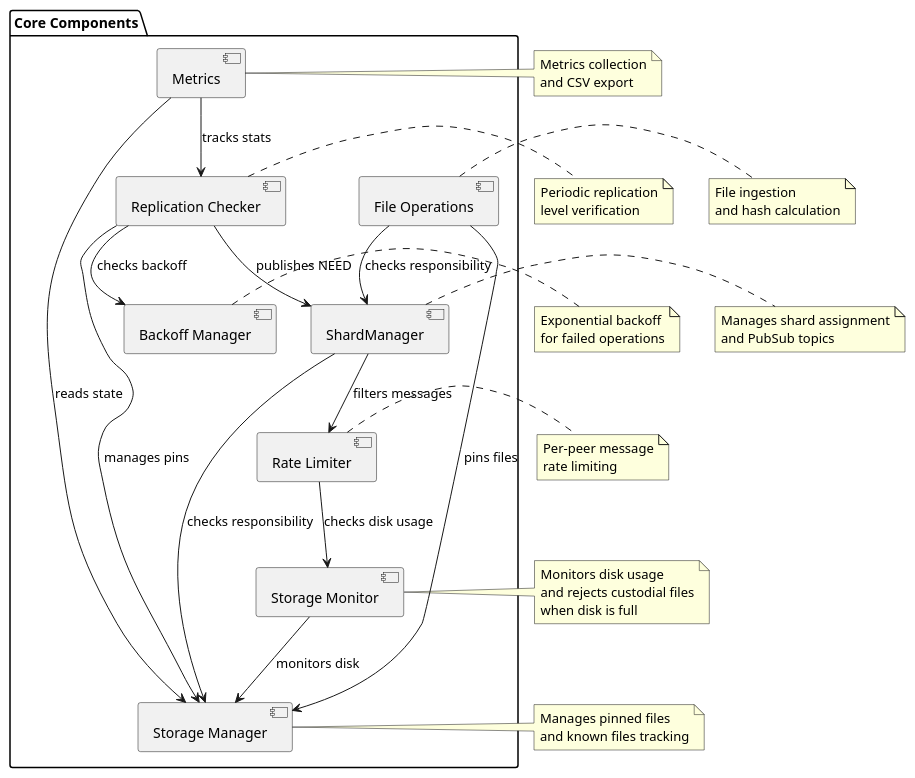
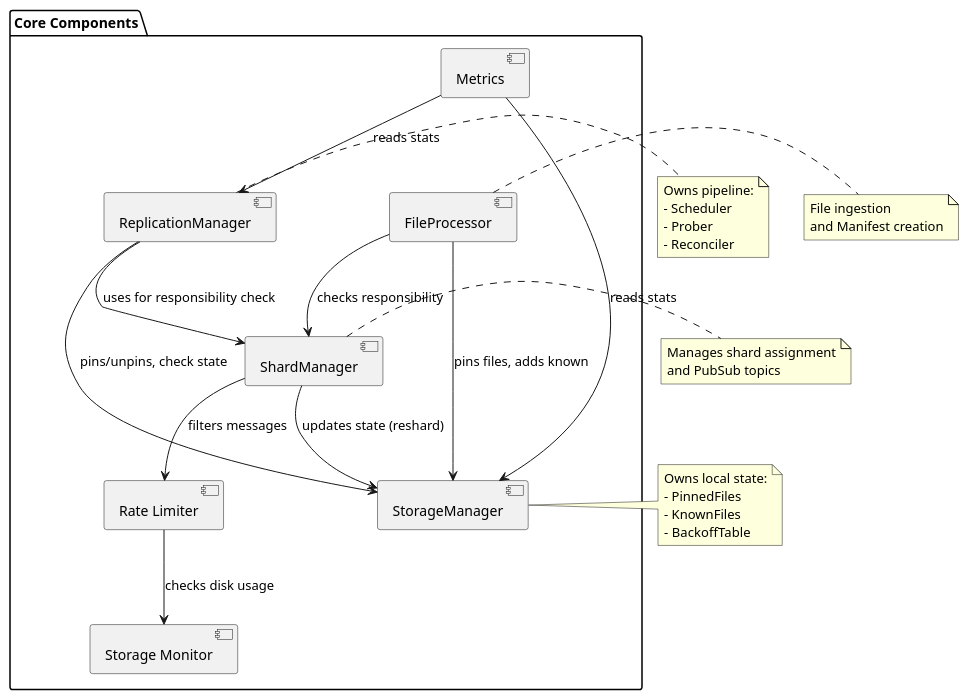
The diagram in docs/component_diagram.puml (gipplab/D-LOCKSS), drawn with PlantUML before and after one commit. The commit also changed 32 other files, not shown here.

```diff
--- a/docs/component_diagram.puml
+++ b/docs/component_diagram.puml
@@ -1,67 +1,47 @@
 @startuml D-LOCKSS Component Diagram
 
 package "Core Components" {
-    component ShardManager
-    component "Storage Manager" as StorageManager
-    component "Replication Checker" as ReplicationChecker
-    component "File Operations" as FileOperations
+    component "ShardManager" as ShardManager
+    component "StorageManager" as StorageManager
+    component "ReplicationManager" as ReplicationManager
+    component "FileProcessor" as FileProcessor
     component Metrics
     component "Rate Limiter" as RateLimiter
-    component "Backoff Manager" as BackoffManager
     component "Storage Monitor" as StorageMonitor
 }
 
-ShardManager --> StorageManager : checks responsibility
-ReplicationChecker --> StorageManager : manages pins
-ReplicationChecker --> ShardManager : publishes NEED
-FileOperations --> StorageManager : pins files
-FileOperations --> ShardManager : checks responsibility
-ReplicationChecker --> BackoffManager : checks backoff
+ShardManager --> StorageManager : updates state (reshard)
+ReplicationManager --> StorageManager : pins/unpins, check state
+ReplicationManager --> ShardManager : uses for responsibility check
+FileProcessor --> StorageManager : pins files, adds known
+FileProcessor --> ShardManager : checks responsibility
 ShardManager --> RateLimiter : filters messages
 RateLimiter --> StorageMonitor : checks disk usage
-StorageMonitor --> StorageManager : monitors disk
-Metrics --> StorageManager : reads state
-Metrics --> ReplicationChecker : tracks stats
+Metrics --> StorageManager : reads stats
+Metrics --> ReplicationManager : reads stats
 
 note right of ShardManager
     Manages shard assignment
     and PubSub topics
 end note
 
 note right of StorageManager
-    Manages pinned files
-    and known files tracking
+    Owns local state:
+    - PinnedFiles
+    - KnownFiles
+    - BackoffTable
 end note
 
-note right of ReplicationChecker
-    Periodic replication
-    level verification
+note right of ReplicationManager
+    Owns pipeline:
+    - Scheduler
+    - Prober
+    - Reconciler
 end note
 
-note right of FileOperations
+note right of FileProcessor
     File ingestion
-    and hash calculation
-end note
-
-note right of Metrics
-    Metrics collection
-    and CSV export
-end note
-
-note right of RateLimiter
-    Per-peer message
-    rate limiting
-end note
-
-note right of BackoffManager
-    Exponential backoff
-    for failed operations
-end note
-
-note right of StorageMonitor
-    Monitors disk usage
-    and rejects custodial files
-    when disk is full
+    and Manifest creation
 end note
 
 @enduml
```
